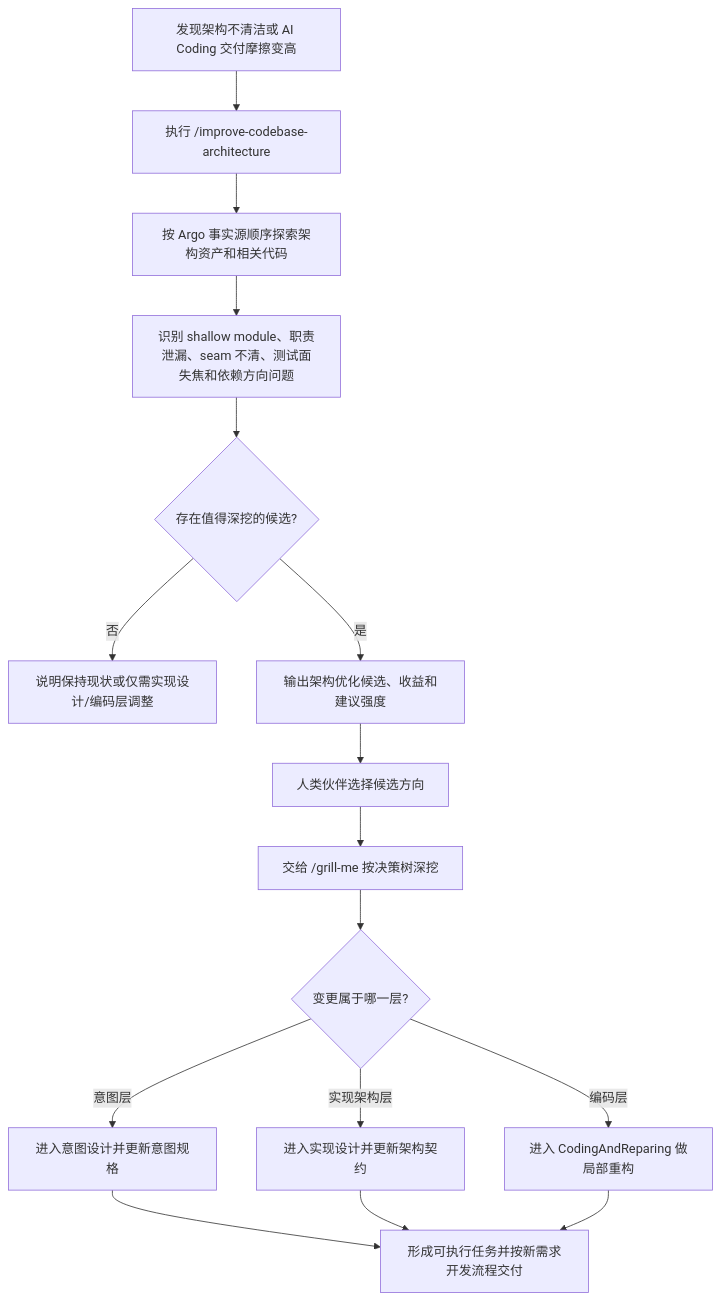
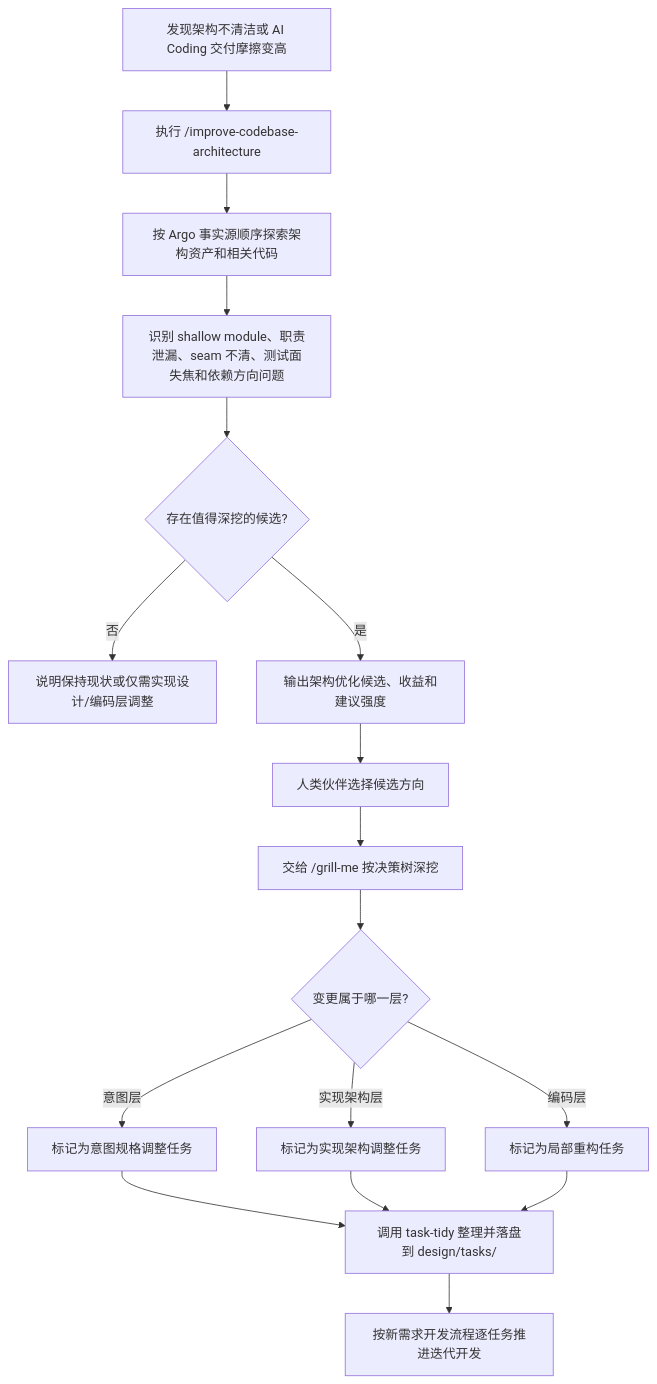
Before and after one commit to derekhu0002/Argo: the third of 4 diagrams in README.md, drawn with Mermaid. The commit also changed other lines of this file, not shown here.

````diff
--- a/README.md
+++ b/README.md
@@ -125,18 +125,19 @@
 ```mermaid
 flowchart TD
     A[发现架构不清洁或 AI Coding 交付摩擦变高] --> B[执行 /improve-codebase-architecture]
     B --> C[按 Argo 事实源顺序探索架构资产和相关代码]
     C --> D[识别 shallow module、职责泄漏、seam 不清、测试面失焦和依赖方向问题]
     D --> E{存在值得深挖的候选?}
     E -- 否 --> F[说明保持现状或仅需实现设计/编码层调整]
     E -- 是 --> G[输出架构优化候选、收益和建议强度]
     G --> H[人类伙伴选择候选方向]
     H --> I[交给 /grill-me 按决策树深挖]
     I --> J{变更属于哪一层?}
-    J -- 意图层 --> K[进入意图设计并更新意图规格]
-    J -- 实现架构层 --> L[进入实现设计并更新架构契约]
-    J -- 编码层 --> M[进入 CodingAndReparing 做局部重构]
-    K --> N[形成可执行任务并按新需求开发流程交付]
+    J -- 意图层 --> K[标记为意图规格调整任务]
+    J -- 实现架构层 --> L[标记为实现架构调整任务]
+    J -- 编码层 --> M[标记为局部重构任务]
+    K --> N[调用 task-tidy 整理并落盘到 design/tasks/]
     L --> N
     M --> N
+    N --> O[按新需求开发流程逐任务推进迭代开发]
 ```
````
